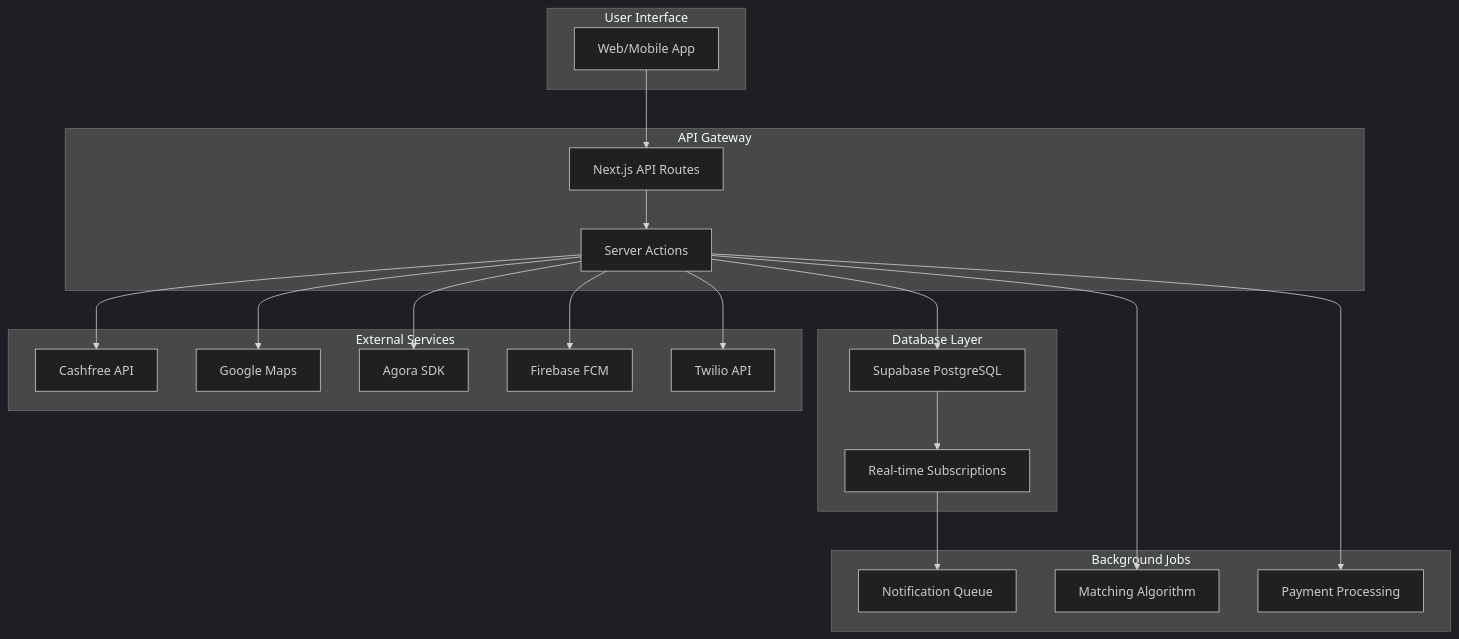
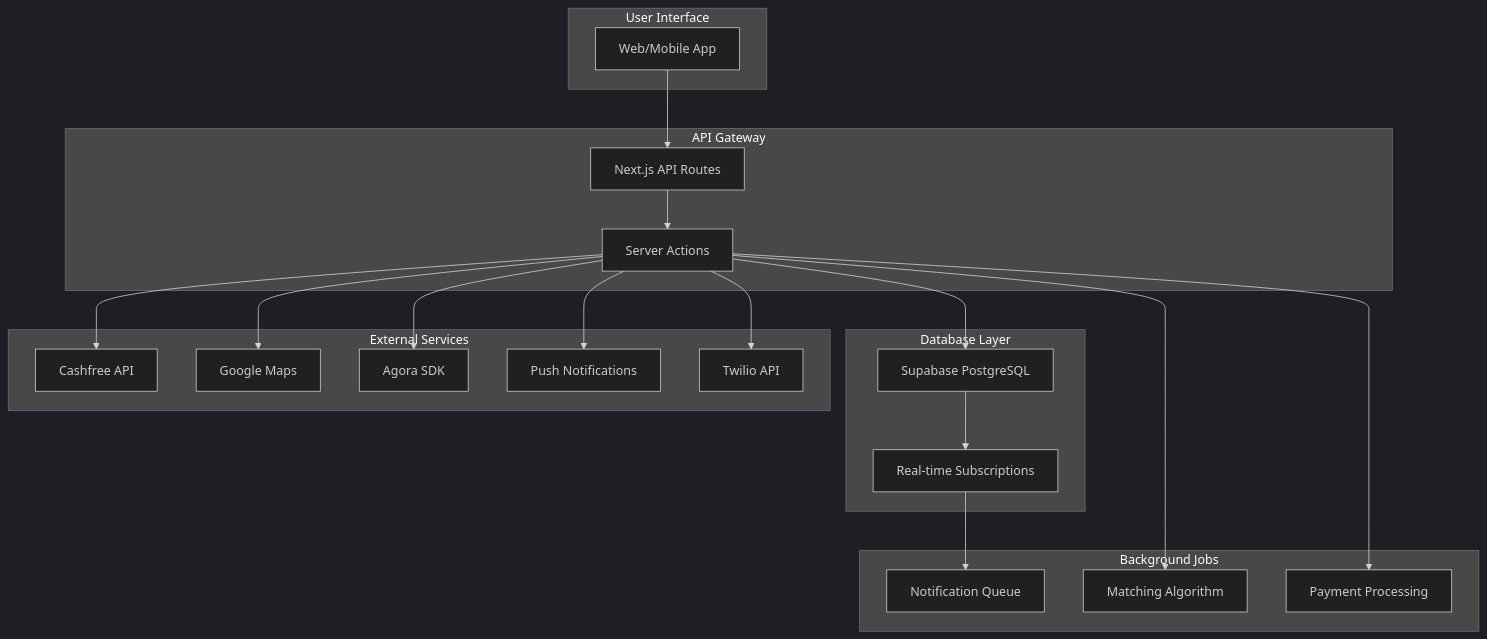
One commit to helparoservices-sys/Helparo-Services changed diagram 17 of 20 in docs/FLOW_DIAGRAMS.md. Above: the diagram before and after it, drawn with Mermaid (dark theme). The commit also changed other lines of this file and 12 other files, not shown here.

First line of the commit message:
Refactor authentication flow: remove phone registration and OTP verification components

````diff
--- a/docs/FLOW_DIAGRAMS.md
+++ b/docs/FLOW_DIAGRAMS.md
@@ -401,43 +401,43 @@
 ```mermaid
 graph TB
     subgraph "User Interface"
         A[Web/Mobile App]
     end
 
     subgraph "API Gateway"
         B[Next.js API Routes]
         C[Server Actions]
     end
 
     subgraph "Database Layer"
         D[Supabase PostgreSQL]
         E[Real-time Subscriptions]
     end
 
     subgraph "External Services"
         F[Cashfree API]
         G[Google Maps]
         H[Agora SDK]
-        I[Firebase FCM]
+        I[Push Notifications]
         J[Twilio API]
     end
 
     subgraph "Background Jobs"
         K[Notification Queue]
         L[Matching Algorithm]
         M[Payment Processing]
     end
 
     A --> B
     B --> C
     C --> D
     D --> E
     C --> F
     C --> G
     C --> H
     C --> I
     C --> J
     E --> K
     C --> L
     C --> M
 ```
````
